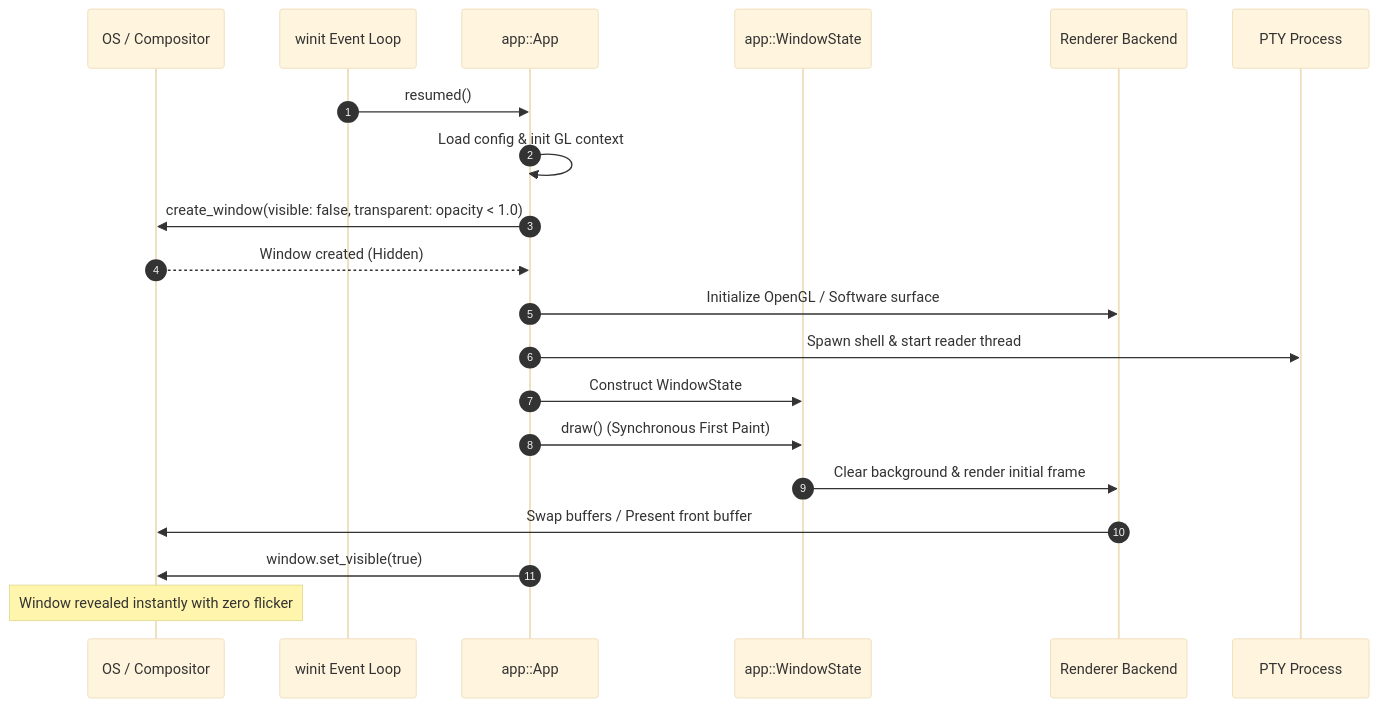
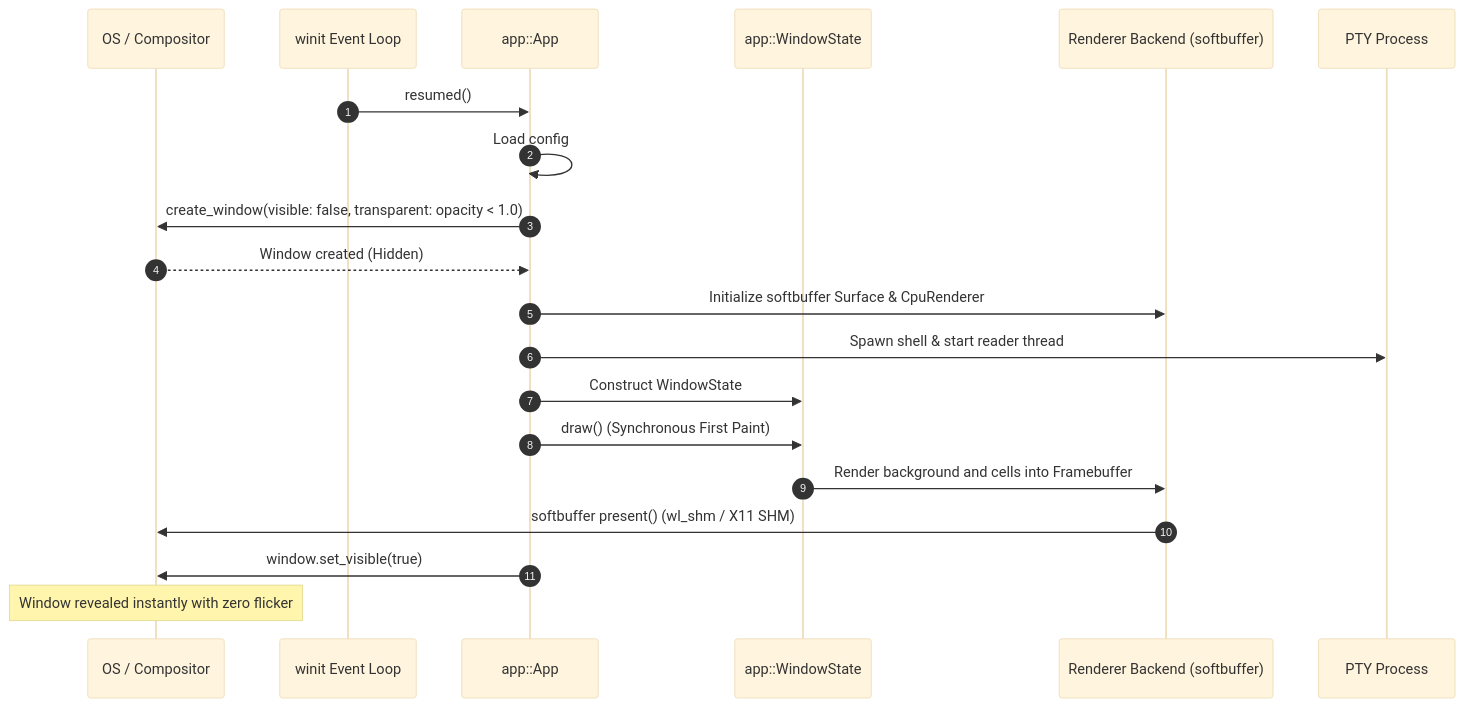
One commit to lnoxsian/Velox changed the second of 3 diagrams in docs/ARCHITECTURE.md. Above: the diagram before and after it, drawn with Mermaid (base theme). The commit also changed other lines of this file and 25 other files, not shown here.

````diff
--- a/docs/ARCHITECTURE.md
+++ b/docs/ARCHITECTURE.md
@@ -135,23 +126,23 @@
 ```mermaid
 sequenceDiagram
     autonumber
     participant OS as OS / Compositor
     participant Winit as winit Event Loop
     participant App as app::App
     participant WS as app::WindowState
-    participant Backend as Renderer Backend
+    participant Backend as Renderer Backend (softbuffer)
     participant PTY as PTY Process
 
     Winit->>App: resumed()
-    App->>App: Load config & init GL context
+    App->>App: Load config
     App->>OS: create_window(visible: false, transparent: opacity < 1.0)
     OS-->>App: Window created (Hidden)
-    App->>Backend: Initialize OpenGL / Software surface
+    App->>Backend: Initialize softbuffer Surface & CpuRenderer
     App->>PTY: Spawn shell & start reader thread
     App->>WS: Construct WindowState
     App->>WS: draw() (Synchronous First Paint)
-    WS->>Backend: Clear background & render initial frame
-    Backend->>OS: Swap buffers / Present front buffer
+    WS->>Backend: Render background and cells into Framebuffer
+    Backend->>OS: softbuffer present() (wl_shm / X11 SHM)
     App->>OS: window.set_visible(true)
     Note over OS: Window revealed instantly with zero flicker
 ```
````
